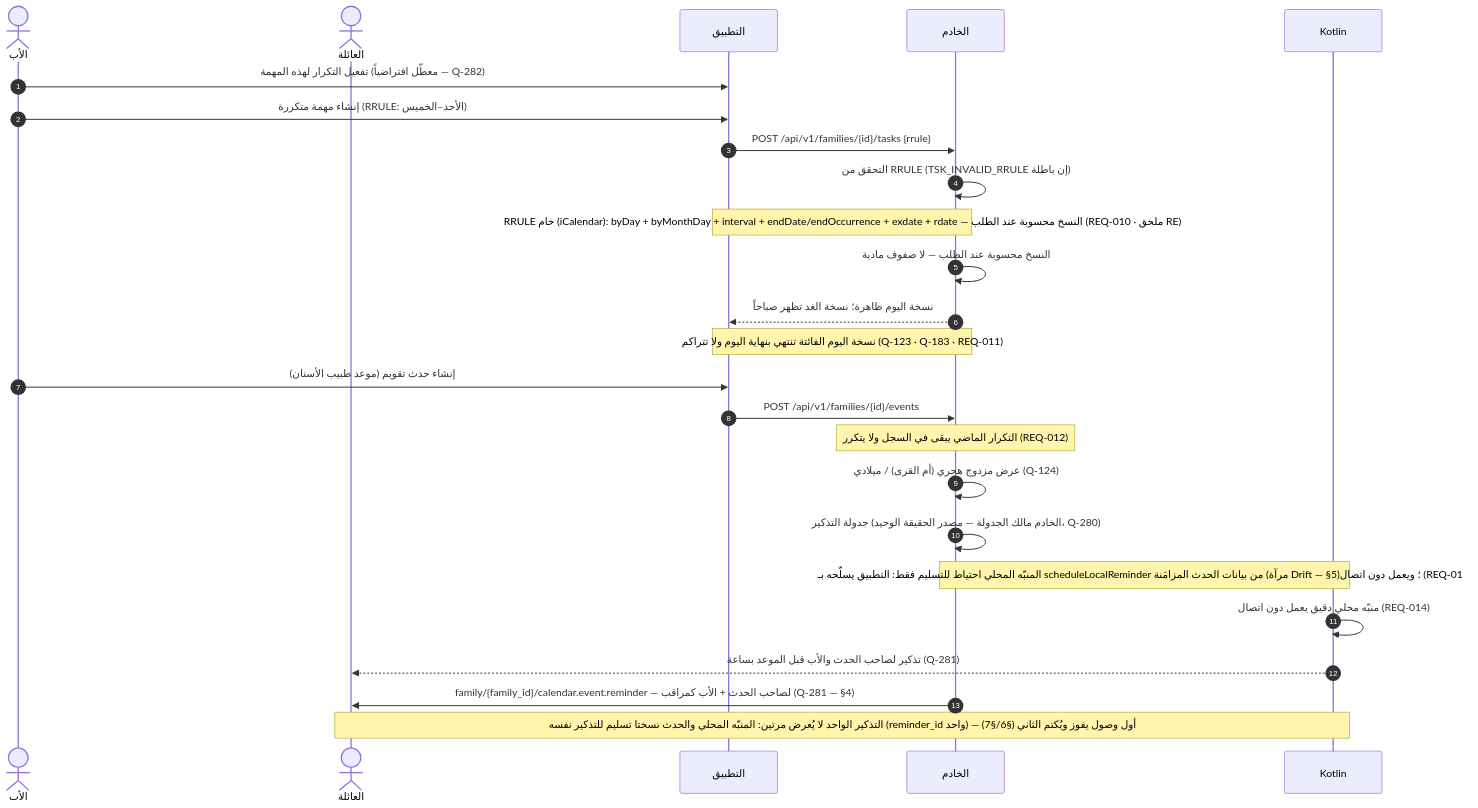
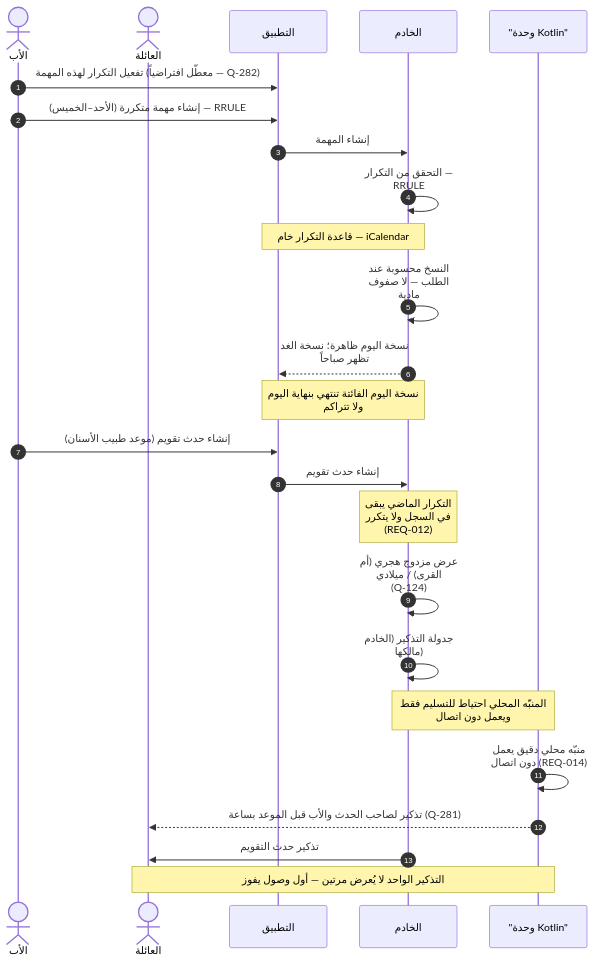
Before and after one commit to Bassam-mohammed-alqaeadi/family-os-v2: diagram 12 of 30 in docs/family-os/governance/phases/phase-1/S1-06-tasks-and-calendar/DIAGRAMS.md, drawn with Mermaid. The commit also changed other lines of this file, not shown here.

````diff
--- a/docs/family-os/governance/phases/phase-1/S1-06-tasks-and-calendar/DIAGRAMS.md
+++ b/docs/family-os/governance/phases/phase-1/S1-06-tasks-and-calendar/DIAGRAMS.md
@@ -399,27 +473,28 @@
 ```mermaid
+%%{init: {"sequence": {"wrap": true}}}%%
 sequenceDiagram
     autonumber
     actor Father as الأب
     actor Family as العائلة
     participant App as التطبيق
     participant Ktor as الخادم
-    participant K as Kotlin
+    participant K as "وحدة Kotlin"
     Father->>App: تفعيل التكرار لهذه المهمة (معطّل افتراضياً — Q-282)
-    Father->>App: إنشاء مهمة متكررة (RRULE: الأحد–الخميس)
-    App->>Ktor: POST /api/v1/families/{id}/tasks {rrule}
-    Ktor->>Ktor: التحقق من RRULE (TSK_INVALID_RRULE إن باطلة)
-    Note over Ktor,App: RRULE خام (iCalendar): byDay + byMonthDay + interval + endDate/endOccurrence + exdate + rdate — النسخ محسوبة عند الطلب (REQ-010 · ملحق RE)
+    Father->>App: إنشاء مهمة متكررة (الأحد–الخميس) — RRULE
+    App->>Ktor: إنشاء المهمة
+    Ktor->>Ktor: التحقق من التكرار — RRULE
+    Note over Ktor,App: قاعدة التكرار خام — iCalendar
     Ktor->>Ktor: النسخ محسوبة عند الطلب — لا صفوف مادية
     Ktor-->>App: نسخة اليوم ظاهرة؛ نسخة الغد تظهر صباحاً
-    Note over Ktor,App: نسخة اليوم الفائتة تنتهي بنهاية اليوم ولا تتراكم (Q-123 · Q-183 · REQ-011)
+    Note over Ktor,App: نسخة اليوم الفائتة تنتهي بنهاية اليوم ولا تتراكم
     Father->>App: إنشاء حدث تقويم (موعد طبيب الأسنان)
-    App->>Ktor: POST /api/v1/families/{id}/events
+    App->>Ktor: إنشاء حدث تقويم
     Note over Ktor: التكرار الماضي يبقى في السجل ولا يتكرر (REQ-012)
     Ktor->>Ktor: عرض مزدوج هجري (أم القرى) / ميلادي (Q-124)
-    Ktor->>Ktor: جدولة التذكير (الخادم مالك الجدولة — مصدر الحقيقة الوحيد، Q-280)
-    Note over Ktor,K: المنبّه المحلي احتياط للتسليم فقط: التطبيق يسلّحه بـ scheduleLocalReminder من بيانات الحدث المزامَنة (مرآة Drift — §5)؛ ويعمل دون اتصال (REQ-014)
+    Ktor->>Ktor: جدولة التذكير (الخادم مالكها)
+    Note over Ktor,K: المنبّه المحلي احتياط للتسليم فقط ويعمل دون اتصال
     K->>K: منبّه محلي دقيق يعمل دون اتصال (REQ-014)
     K-->>Family: تذكير لصاحب الحدث والأب قبل الموعد بساعة (Q-281)
-    Ktor->>Family: family/{family_id}/calendar.event.reminder — لصاحب الحدث + الأب كمراقب (Q-281 — §4)
-    Note over K,Family: التذكير الواحد لا يُعرض مرتين: المنبّه المحلي والحدث نسختا تسليم للتذكير نفسه (reminder_id واحد) — أول وصول يفوز ويُكتم الثاني (§6/§7)
+    Ktor->>Family: تذكير حدث التقويم
+    Note over K,Family: التذكير الواحد لا يُعرض مرتين — أول وصول يفوز
 ```
````
